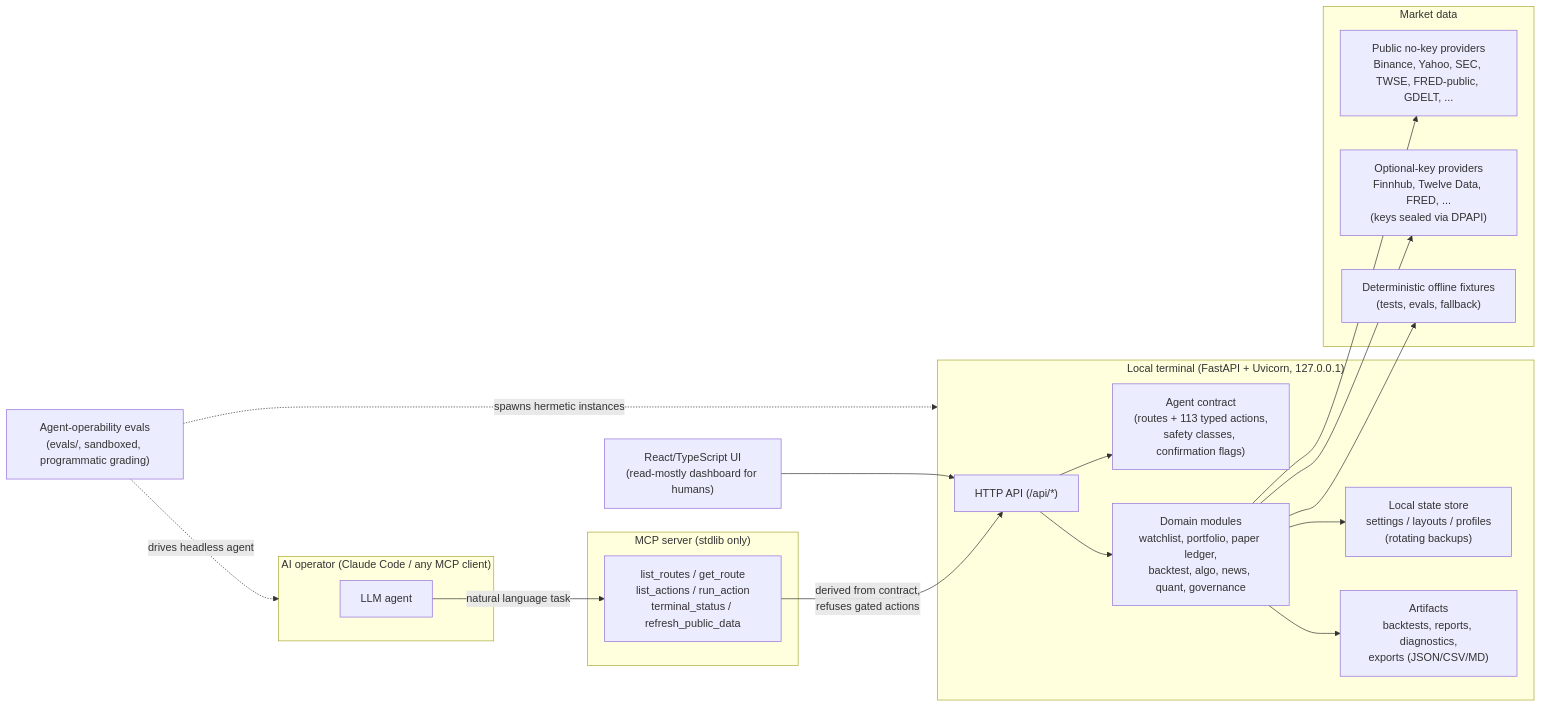
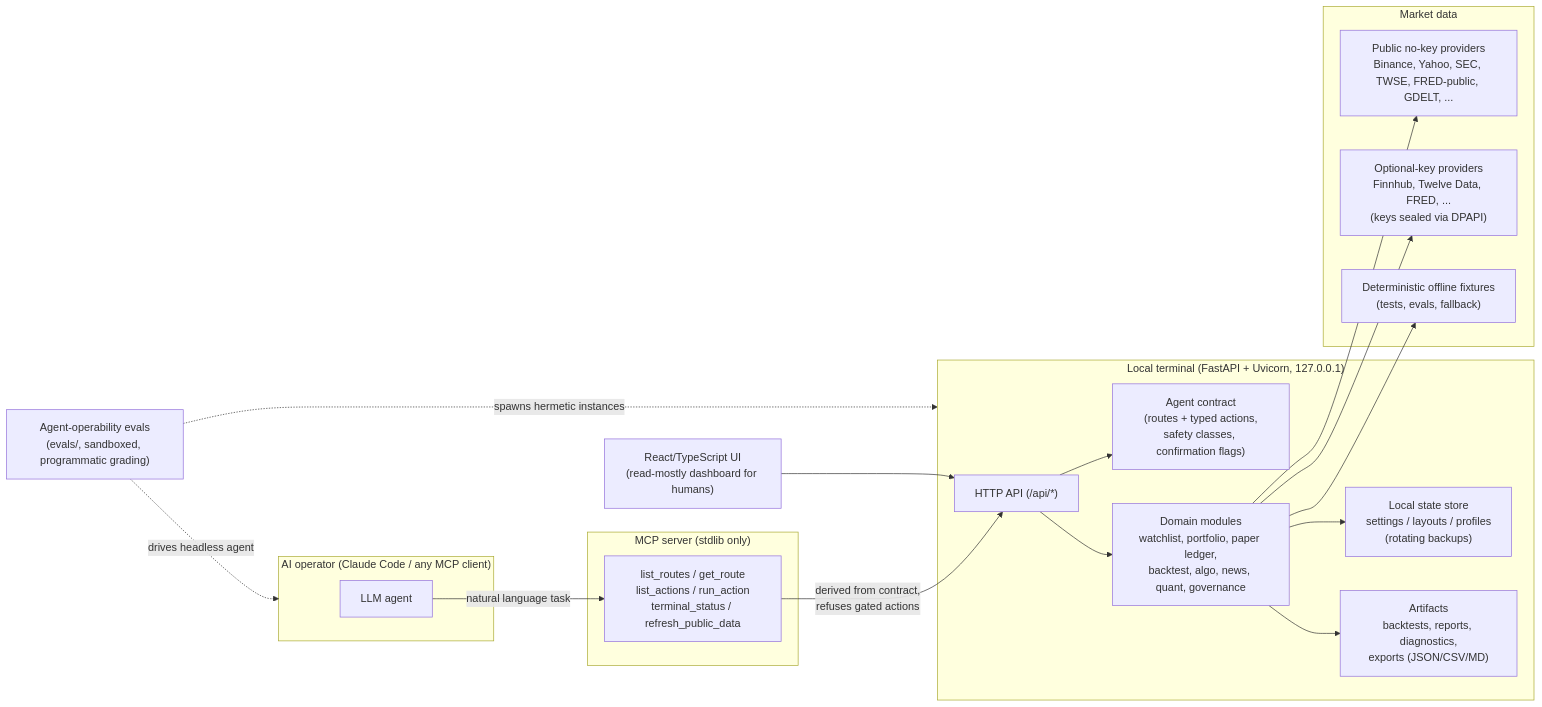
Before and after one commit to 0Smallcat0/otto: the diagram in docs/architecture/ARCHITECTURE.md, drawn with Mermaid. The commit also changed other lines of this file and 7 other files, not shown here.

````diff
--- a/docs/architecture/ARCHITECTURE.md
+++ b/docs/architecture/ARCHITECTURE.md
@@ -10,41 +10,41 @@
 ```mermaid
 flowchart LR
     subgraph Operator["AI operator (Claude Code / any MCP client)"]
         LLM["LLM agent"]
     end
 
     subgraph MCP["MCP server (stdlib only)"]
         TOOLS["list_routes / get_route\nlist_actions / run_action\nterminal_status / refresh_public_data"]
     end
 
     subgraph Terminal["Local terminal (FastAPI + Uvicorn, 127.0.0.1)"]
-        CONTRACT["Agent contract\n(routes + 113 typed actions,\nsafety classes, confirmation flags)"]
+        CONTRACT["Agent contract\n(routes + typed actions,\nsafety classes, confirmation flags)"]
         API["HTTP API (/api/*)"]
         DOMAIN["Domain modules\nwatchlist, portfolio, paper ledger,\nbacktest, algo, news, quant, governance"]
         STORE["Local state store\nsettings / layouts / profiles\n(rotating backups)"]
         ART["Artifacts\nbacktests, reports, diagnostics,\nexports (JSON/CSV/MD)"]
     end
 
     subgraph Data["Market data"]
         PUB["Public no-key providers\nBinance, Yahoo, SEC, TWSE, FRED-public, GDELT, ..."]
         KEY["Optional-key providers\nFinnhub, Twelve Data, FRED, ...\n(keys sealed via DPAPI)"]
         FIX["Deterministic offline fixtures\n(tests, evals, fallback)"]
     end
 
     UI["React/TypeScript UI\n(read-mostly dashboard for humans)"]
 
     LLM -->|natural language task| TOOLS
     TOOLS -->|derived from contract,\nrefuses gated actions| API
     API --> CONTRACT
     API --> DOMAIN
     DOMAIN --> STORE
     DOMAIN --> ART
     DOMAIN --> PUB
     DOMAIN --> KEY
     DOMAIN --> FIX
     UI --> API
 
     EVAL["Agent-operability evals\n(evals/, sandboxed, programmatic grading)"]
     EVAL -.->|spawns hermetic instances| Terminal
     EVAL -.->|drives headless agent| Operator
 ```
````
